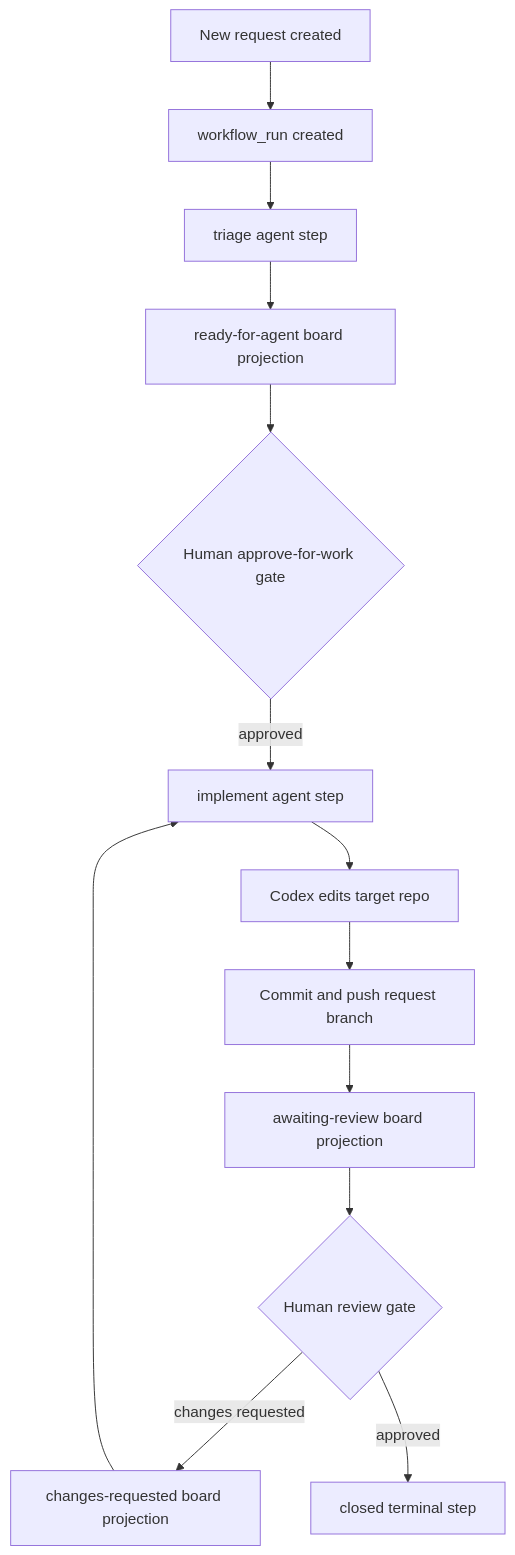
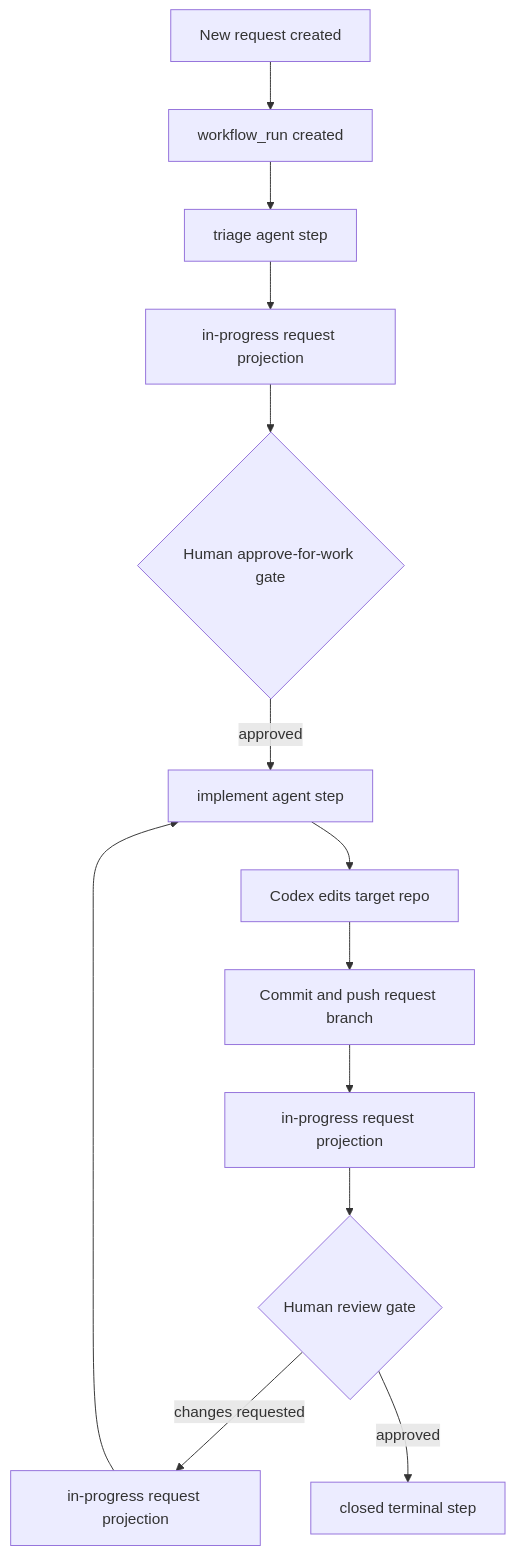
The first of 7 diagrams in docs/features/change-request-flow.md (superprismio/prism-railway-template), drawn with Mermaid before and after one commit. The commit also changed other lines of this file and 15 other files, not shown here.

````diff
--- a/docs/features/change-request-flow.md
+++ b/docs/features/change-request-flow.md
@@ -17,15 +17,15 @@
 ```mermaid
 flowchart TD
     A[New request created] --> B[workflow_run created]
     B --> C[triage agent step]
-    C --> D[ready-for-agent board projection]
+    C --> D[in-progress request projection]
     D --> E{Human approve-for-work gate}
     E -- approved --> F[implement agent step]
     F --> G[Codex edits target repo]
     G --> H[Commit and push request branch]
-    H --> I[awaiting-review board projection]
+    H --> I[in-progress request projection]
     I --> J{Human review gate}
-    J -- changes requested --> K[changes-requested board projection]
+    J -- changes requested --> K[in-progress request projection]
     K --> F
     J -- approved --> L[closed terminal step]
 ```
````
